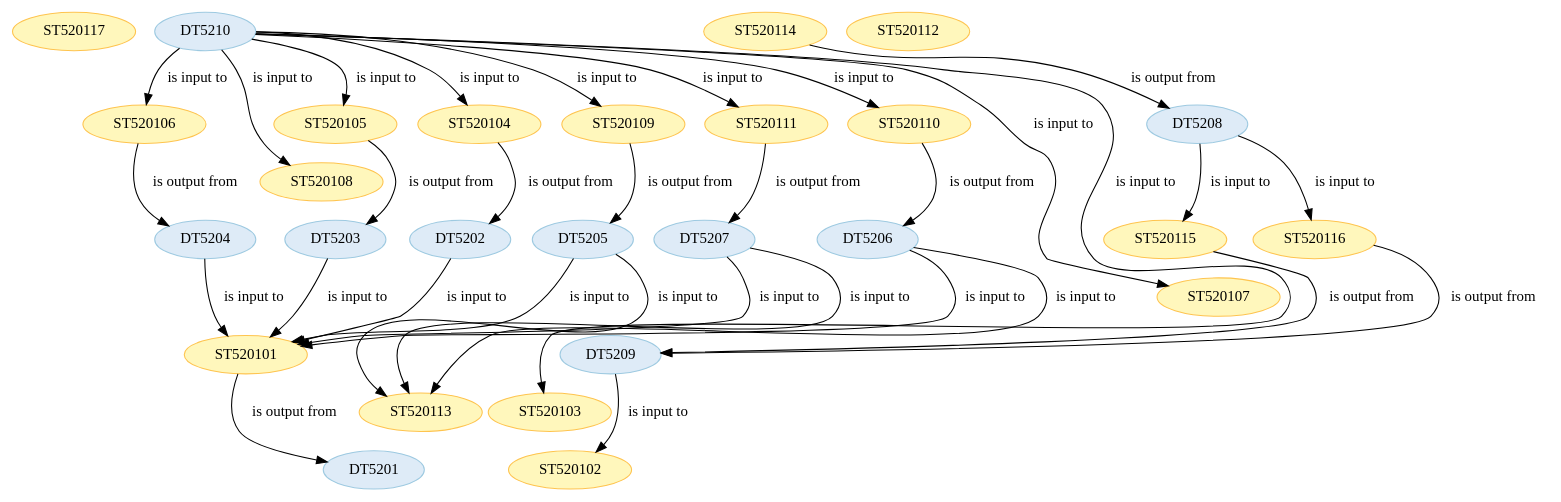
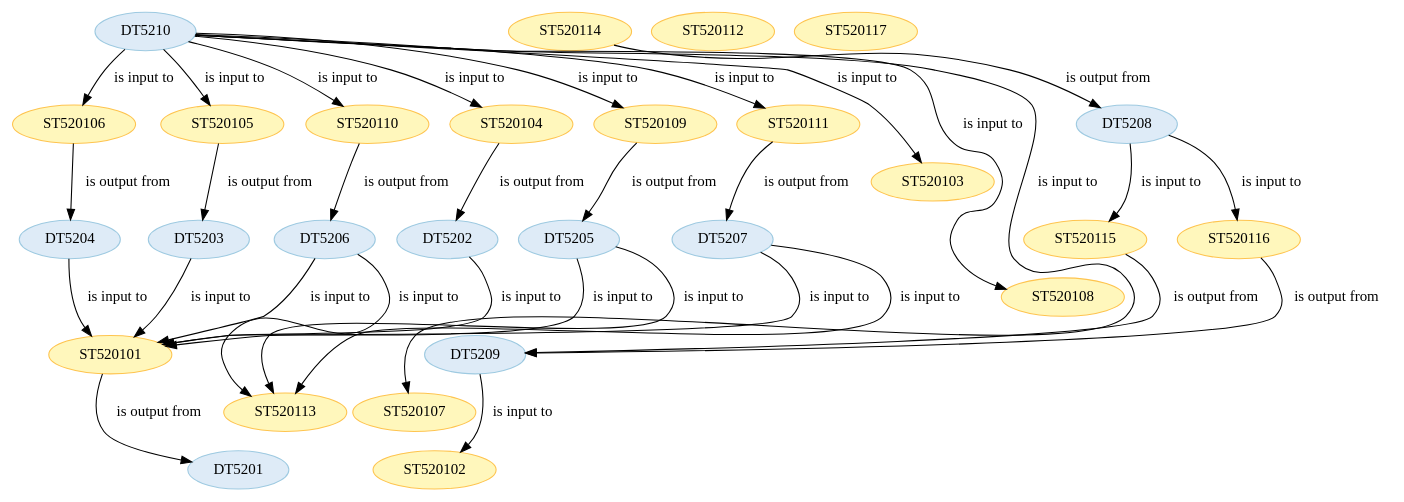
One commit to Marco-Salvi/cwl-test changed the diagram in wf5201/steps.dot. Above: the diagram before and after it, drawn with Graphviz. The commit also changed other lines of this file and 26 other files, not shown here.

```diff
--- a/wf5201/steps.dot
+++ b/wf5201/steps.dot
@@ -1,120 +1,120 @@
 strict digraph {
 
 
-	"ST520117" [ color="2", colorscheme="ylorbr3", fillcolor="1", style="filled",  weight=0 ];
+	"ST520105" [ color="2", colorscheme="ylorbr3", fillcolor="1", style="filled",  weight=0 ];
 
-	"ST520109" [ color="2", colorscheme="ylorbr3", fillcolor="1", style="filled",  weight=0 ];
+	"ST520105" -> "DT5203" [ label="is output from", labeltooltip="DT5203 - is output from - ST520105",  weight=0 ];
 
-	"ST520109" -> "DT5205" [ label="is output from", labeltooltip="DT5205 - is output from - ST520109",  weight=0 ];
+	"DT5204" [ color="2", colorscheme="blues3", fillcolor="1", style="filled",  weight=0 ];
+
+	"DT5204" -> "ST520101" [ label="is input to", labeltooltip="DT5204 - is input to - ST520101",  weight=0 ];
+
+	"DT5201" [ color="2", colorscheme="blues3", fillcolor="1", style="filled",  weight=0 ];
+
+	"ST520115" [ color="2", colorscheme="ylorbr3", fillcolor="1", style="filled",  weight=0 ];
+
+	"ST520115" -> "DT5209" [ label="is output from", labeltooltip="DT5209 - is output from - ST520115",  weight=0 ];
+
+	"ST520101" [ color="2", colorscheme="ylorbr3", fillcolor="1", style="filled",  weight=0 ];
+
+	"ST520101" -> "DT5201" [ label="is output from", labeltooltip="DT5201 - is output from - ST520101",  weight=0 ];
+
+	"DT5207" [ color="2", colorscheme="blues3", fillcolor="1", style="filled",  weight=0 ];
+
+	"DT5207" -> "ST520101" [ label="is input to", labeltooltip="DT5207 - is input to - ST520101",  weight=0 ];
+
+	"DT5207" -> "ST520113" [ label="is input to", labeltooltip="DT5207 - is input to - ST520113",  weight=0 ];
+
+	"ST520102" [ color="2", colorscheme="ylorbr3", fillcolor="1", style="filled",  weight=0 ];
+
+	"ST520104" [ color="2", colorscheme="ylorbr3", fillcolor="1", style="filled",  weight=0 ];
+
+	"ST520104" -> "DT5202" [ label="is output from", labeltooltip="DT5202 - is output from - ST520104",  weight=0 ];
+
+	"ST520103" [ color="2", colorscheme="ylorbr3", fillcolor="1", style="filled",  weight=0 ];
+
+	"ST520111" [ color="2", colorscheme="ylorbr3", fillcolor="1", style="filled",  weight=0 ];
+
+	"ST520111" -> "DT5207" [ label="is output from", labeltooltip="DT5207 - is output from - ST520111",  weight=0 ];
+
+	"ST520113" [ color="2", colorscheme="ylorbr3", fillcolor="1", style="filled",  weight=0 ];
+
+	"DT5203" [ color="2", colorscheme="blues3", fillcolor="1", style="filled",  weight=0 ];
+
+	"DT5203" -> "ST520101" [ label="is input to", labeltooltip="DT5203 - is input to - ST520101",  weight=0 ];
+
+	"ST520114" [ color="2", colorscheme="ylorbr3", fillcolor="1", style="filled",  weight=0 ];
+
+	"ST520114" -> "DT5208" [ label="is output from", labeltooltip="DT5208 - is output from - ST520114",  weight=0 ];
+
+	"DT5206" [ color="2", colorscheme="blues3", fillcolor="1", style="filled",  weight=0 ];
+
+	"DT5206" -> "ST520101" [ label="is input to", labeltooltip="DT5206 - is input to - ST520101",  weight=0 ];
+
+	"DT5206" -> "ST520113" [ label="is input to", labeltooltip="DT5206 - is input to - ST520113",  weight=0 ];
+
+	"ST520112" [ color="2", colorscheme="ylorbr3", fillcolor="1", style="filled",  weight=0 ];
+
+	"DT5202" [ color="2", colorscheme="blues3", fillcolor="1", style="filled",  weight=0 ];
+
+	"DT5202" -> "ST520101" [ label="is input to", labeltooltip="DT5202 - is input to - ST520101",  weight=0 ];
+
+	"DT5210" [ color="2", colorscheme="blues3", fillcolor="1", style="filled",  weight=0 ];
+
+	"DT5210" -> "ST520105" [ label="is input to", labeltooltip="DT5210 - is input to - ST520105",  weight=0 ];
+
+	"DT5210" -> "ST520106" [ label="is input to", labeltooltip="DT5210 - is input to - ST520106",  weight=0 ];
+
+	"DT5210" -> "ST520108" [ label="is input to", labeltooltip="DT5210 - is input to - ST520108",  weight=0 ];
+
+	"DT5210" -> "ST520103" [ label="is input to", labeltooltip="DT5210 - is input to - ST520103",  weight=0 ];
+
+	"DT5210" -> "ST520109" [ label="is input to", labeltooltip="DT5210 - is input to - ST520109",  weight=0 ];
+
+	"DT5210" -> "ST520111" [ label="is input to", labeltooltip="DT5210 - is input to - ST520111",  weight=0 ];
+
+	"DT5210" -> "ST520107" [ label="is input to", labeltooltip="DT5210 - is input to - ST520107",  weight=0 ];
+
+	"DT5210" -> "ST520110" [ label="is input to", labeltooltip="DT5210 - is input to - ST520110",  weight=0 ];
+
+	"DT5210" -> "ST520104" [ label="is input to", labeltooltip="DT5210 - is input to - ST520104",  weight=0 ];
 
 	"ST520108" [ color="2", colorscheme="ylorbr3", fillcolor="1", style="filled",  weight=0 ];
+
+	"ST520117" [ color="2", colorscheme="ylorbr3", fillcolor="1", style="filled",  weight=0 ];
 
 	"DT5205" [ color="2", colorscheme="blues3", fillcolor="1", style="filled",  weight=0 ];
 
 	"DT5205" -> "ST520101" [ label="is input to", labeltooltip="DT5205 - is input to - ST520101",  weight=0 ];
 
 	"DT5205" -> "ST520113" [ label="is input to", labeltooltip="DT5205 - is input to - ST520113",  weight=0 ];
 
-	"DT5203" [ color="2", colorscheme="blues3", fillcolor="1", style="filled",  weight=0 ];
-
-	"DT5203" -> "ST520101" [ label="is input to", labeltooltip="DT5203 - is input to - ST520101",  weight=0 ];
-
-	"ST520113" [ color="2", colorscheme="ylorbr3", fillcolor="1", style="filled",  weight=0 ];
-
-	"ST520115" [ color="2", colorscheme="ylorbr3", fillcolor="1", style="filled",  weight=0 ];
-
-	"ST520115" -> "DT5209" [ label="is output from", labeltooltip="DT5209 - is output from - ST520115",  weight=0 ];
-
-	"ST520106" [ color="2", colorscheme="ylorbr3", fillcolor="1", style="filled",  weight=0 ];
-
-	"ST520106" -> "DT5204" [ label="is output from", labeltooltip="DT5204 - is output from - ST520106",  weight=0 ];
-
-	"ST520105" [ color="2", colorscheme="ylorbr3", fillcolor="1", style="filled",  weight=0 ];
-
-	"ST520105" -> "DT5203" [ label="is output from", labeltooltip="DT5203 - is output from - ST520105",  weight=0 ];
-
 	"DT5209" [ color="2", colorscheme="blues3", fillcolor="1", style="filled",  weight=0 ];
 
 	"DT5209" -> "ST520102" [ label="is input to", labeltooltip="DT5209 - is input to - ST520102",  weight=0 ];
 
-	"ST520102" [ color="2", colorscheme="ylorbr3", fillcolor="1", style="filled",  weight=0 ];
+	"ST520116" [ color="2", colorscheme="ylorbr3", fillcolor="1", style="filled",  weight=0 ];
+
+	"ST520116" -> "DT5209" [ label="is output from", labeltooltip="DT5209 - is output from - ST520116",  weight=0 ];
 
 	"ST520110" [ color="2", colorscheme="ylorbr3", fillcolor="1", style="filled",  weight=0 ];
 
 	"ST520110" -> "DT5206" [ label="is output from", labeltooltip="DT5206 - is output from - ST520110",  weight=0 ];
 
-	"ST520111" [ color="2", colorscheme="ylorbr3", fillcolor="1", style="filled",  weight=0 ];
-
-	"ST520111" -> "DT5207" [ label="is output from", labeltooltip="DT5207 - is output from - ST520111",  weight=0 ];
-
 	"ST520107" [ color="2", colorscheme="ylorbr3", fillcolor="1", style="filled",  weight=0 ];
-
-	"DT5206" [ color="2", colorscheme="blues3", fillcolor="1", style="filled",  weight=0 ];
-
-	"DT5206" -> "ST520101" [ label="is input to", labeltooltip="DT5206 - is input to - ST520101",  weight=0 ];
-
-	"DT5206" -> "ST520113" [ label="is input to", labeltooltip="DT5206 - is input to - ST520113",  weight=0 ];
-
-	"ST520114" [ color="2", colorscheme="ylorbr3", fillcolor="1", style="filled",  weight=0 ];
-
-	"ST520114" -> "DT5208" [ label="is output from", labeltooltip="DT5208 - is output from - ST520114",  weight=0 ];
-
-	"ST520112" [ color="2", colorscheme="ylorbr3", fillcolor="1", style="filled",  weight=0 ];
-
-	"ST520116" [ color="2", colorscheme="ylorbr3", fillcolor="1", style="filled",  weight=0 ];
-
-	"ST520116" -> "DT5209" [ label="is output from", labeltooltip="DT5209 - is output from - ST520116",  weight=0 ];
-
-	"DT5202" [ color="2", colorscheme="blues3", fillcolor="1", style="filled",  weight=0 ];
-
-	"DT5202" -> "ST520101" [ label="is input to", labeltooltip="DT5202 - is input to - ST520101",  weight=0 ];
-
-	"ST520104" [ color="2", colorscheme="ylorbr3", fillcolor="1", style="filled",  weight=0 ];
-
-	"ST520104" -> "DT5202" [ label="is output from", labeltooltip="DT5202 - is output from - ST520104",  weight=0 ];
-
-	"DT5201" [ color="2", colorscheme="blues3", fillcolor="1", style="filled",  weight=0 ];
-
-	"DT5204" [ color="2", colorscheme="blues3", fillcolor="1", style="filled",  weight=0 ];
-
-	"DT5204" -> "ST520101" [ label="is input to", labeltooltip="DT5204 - is input to - ST520101",  weight=0 ];
 
 	"DT5208" [ color="2", colorscheme="blues3", fillcolor="1", style="filled",  weight=0 ];
 
 	"DT5208" -> "ST520115" [ label="is input to", labeltooltip="DT5208 - is input to - ST520115",  weight=0 ];
 
 	"DT5208" -> "ST520116" [ label="is input to", labeltooltip="DT5208 - is input to - ST520116",  weight=0 ];
 
-	"DT5210" [ color="2", colorscheme="blues3", fillcolor="1", style="filled",  weight=0 ];
+	"ST520109" [ color="2", colorscheme="ylorbr3", fillcolor="1", style="filled",  weight=0 ];
 
-	"DT5210" -> "ST520105" [ label="is input to", labeltooltip="DT5210 - is input to - ST520105",  weight=0 ];
+	"ST520109" -> "DT5205" [ label="is output from", labeltooltip="DT5205 - is output from - ST520109",  weight=0 ];
 
-	"DT5210" -> "ST520106" [ label="is input to", labeltooltip="DT5210 - is input to - ST520106",  weight=0 ];
+	"ST520106" [ color="2", colorscheme="ylorbr3", fillcolor="1", style="filled",  weight=0 ];
 
-	"DT5210" -> "ST520109" [ label="is input to", labeltooltip="DT5210 - is input to - ST520109",  weight=0 ];
-
-	"DT5210" -> "ST520103" [ label="is input to", labeltooltip="DT5210 - is input to - ST520103",  weight=0 ];
-
-	"DT5210" -> "ST520107" [ label="is input to", labeltooltip="DT5210 - is input to - ST520107",  weight=0 ];
-
-	"DT5210" -> "ST520108" [ label="is input to", labeltooltip="DT5210 - is input to - ST520108",  weight=0 ];
-
-	"DT5210" -> "ST520110" [ label="is input to", labeltooltip="DT5210 - is input to - ST520110",  weight=0 ];
-
-	"DT5210" -> "ST520104" [ label="is input to", labeltooltip="DT5210 - is input to - ST520104",  weight=0 ];
-
-	"DT5210" -> "ST520111" [ label="is input to", labeltooltip="DT5210 - is input to - ST520111",  weight=0 ];
-
-	"ST520101" [ color="2", colorscheme="ylorbr3", fillcolor="1", style="filled",  weight=0 ];
-
-	"ST520101" -> "DT5201" [ label="is output from", labeltooltip="DT5201 - is output from - ST520101",  weight=0 ];
-
-	"ST520103" [ color="2", colorscheme="ylorbr3", fillcolor="1", style="filled",  weight=0 ];
-
-	"DT5207" [ color="2", colorscheme="blues3", fillcolor="1", style="filled",  weight=0 ];
-
-	"DT5207" -> "ST520101" [ label="is input to", labeltooltip="DT5207 - is input to - ST520101",  weight=0 ];
-
-	"DT5207" -> "ST520113" [ label="is input to", labeltooltip="DT5207 - is input to - ST520113",  weight=0 ];
+	"ST520106" -> "DT5204" [ label="is output from", labeltooltip="DT5204 - is output from - ST520106",  weight=0 ];
 
 }
```
